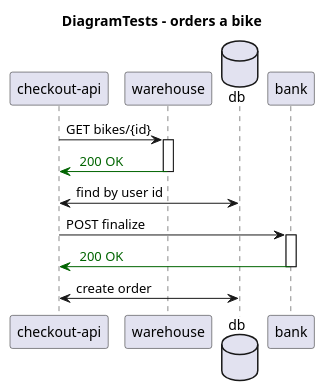
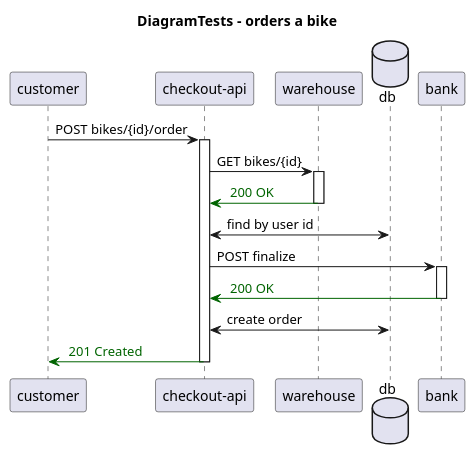
Before and after one commit to p10r/bike-checkout-api: the diagram in diagrams/http4k-diagrams/.generated/DiagramTests - orders a bike - Sequence.puml, drawn with PlantUML. The commit also changed 4 other files, not shown here.

```diff
--- a/diagrams/http4k-diagrams/.generated/DiagramTests - orders a bike - Sequence.puml
+++ b/diagrams/http4k-diagrams/.generated/DiagramTests - orders a bike - Sequence.puml
@@ -1,19 +1,24 @@
 @startuml
 title DiagramTests - orders a bike
+participant "customer"
 participant "checkout-api"
 participant "warehouse"
 database "db"
 participant "bank"
+"customer" -> "checkout-api": POST bikes/{id}/order
+activate "checkout-api"
 "checkout-api" -> "warehouse": GET bikes/{id}
 activate "warehouse"
 
 "warehouse" -[#DarkGreen]> "checkout-api": <color:DarkGreen> 200 OK
 deactivate "warehouse"
 "checkout-api" <-> "db": find by user id
 "checkout-api" -> "bank": POST finalize
 activate "bank"
 
 "bank" -[#DarkGreen]> "checkout-api": <color:DarkGreen> 200 OK
 deactivate "bank"
 "checkout-api" <-> "db": create order
+"checkout-api" -[#DarkGreen]> "customer": <color:DarkGreen> 201 Created
+deactivate "checkout-api"
 @enduml
```
